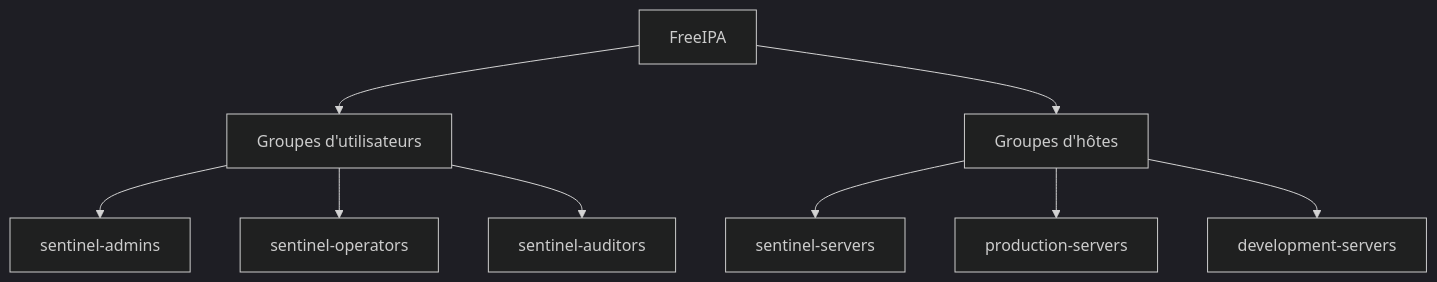
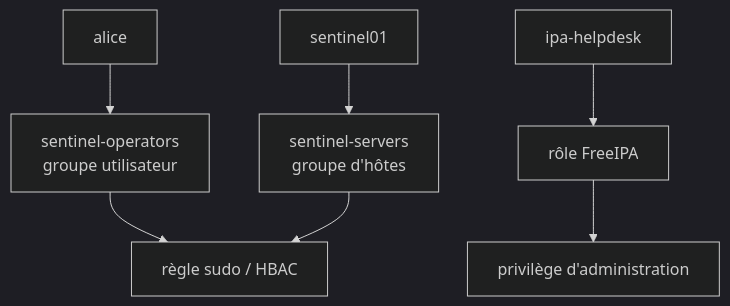
Before and after one commit to tdelaclos/formations: the first of 3 diagrams in sentinel/docs/campagne_08/8.5-groupes-roles.md, drawn with Mermaid (dark theme). The commit also changed other lines of this file and 10 other files, not shown here.

Commit message:
Refondre la campagne 8 FreeIPA

````diff
--- a/sentinel/docs/campagne_08/8.5-groupes-roles.md
+++ b/sentinel/docs/campagne_08/8.5-groupes-roles.md
@@ -200,16 +50,9 @@
 ```mermaid
 flowchart TB
-
-    IPA[FreeIPA]
-
-    IPA --> UG[Groupes d'utilisateurs]
-    IPA --> HG[Groupes d'hôtes]
-
-    UG --> U1[sentinel-admins]
-    UG --> U2[sentinel-operators]
-    UG --> U3[sentinel-auditors]
-
-    HG --> H1[sentinel-servers]
-    HG --> H2[production-servers]
-    HG --> H3[development-servers]
+    Alice["alice"] --> Operators["sentinel-operators\ngroupe utilisateur"]
+    Host["sentinel01"] --> Servers["sentinel-servers\ngroupe d'hôtes"]
+    Operators --> Policy["règle sudo / HBAC"]
+    Servers --> Policy
+    Helpdesk["ipa-helpdesk"] --> Role["rôle FreeIPA"]
+    Role --> Privilege["privilège d'administration"]
 ```
````
